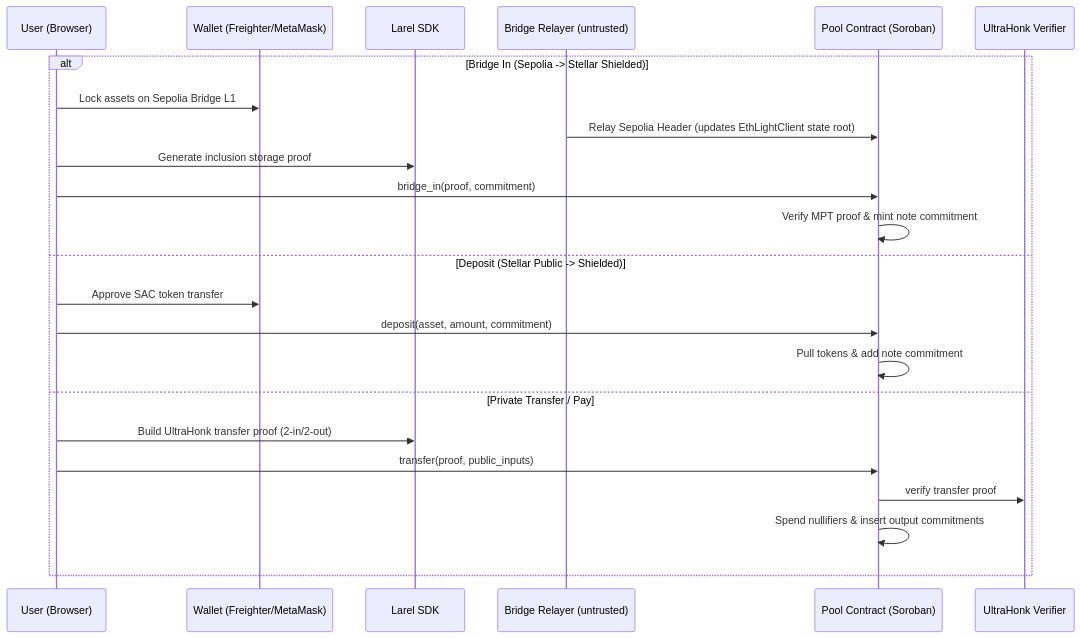
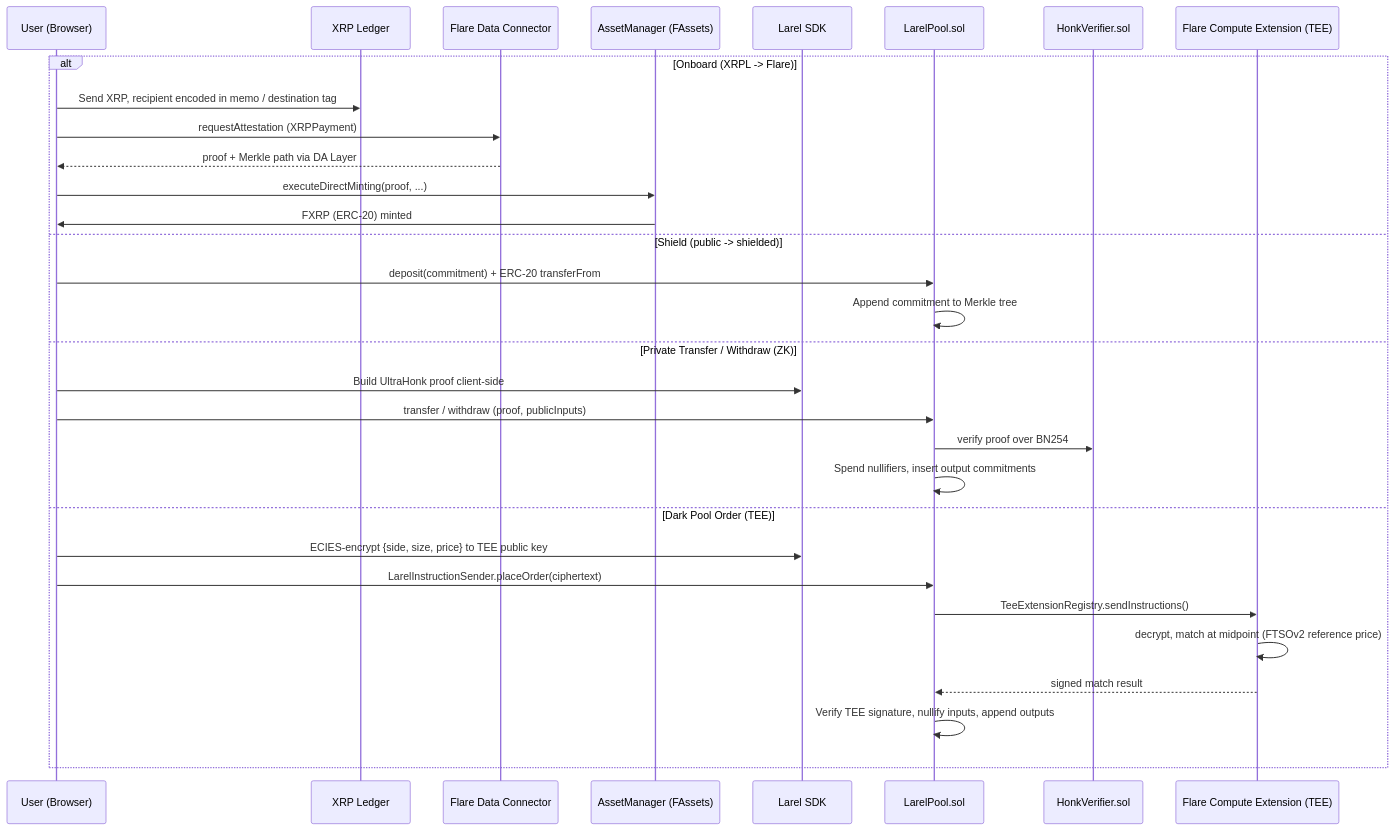
The first of 2 diagrams in README.md (maulana-tech/larel-main), drawn with Mermaid before and after one commit. The commit also changed other lines of this file, not shown here.

````diff
--- a/README.md
+++ b/README.md
@@ -167,26 +204,34 @@
 ```mermaid
 sequenceDiagram
     participant User as User (Browser)
-    participant Wallet as Wallet (Freighter/MetaMask)
+    participant XRPL as XRP Ledger
+    participant FDC as Flare Data Connector
+    participant AM as AssetManager (FAssets)
     participant SDK as Larel SDK
-    participant Relayer as Bridge Relayer (untrusted)
-    participant Pool as Pool Contract (Soroban)
-    participant Verifier as UltraHonk Verifier
+    participant Pool as LarelPool.sol
+    participant Verifier as HonkVerifier.sol
+    participant TEE as Flare Compute Extension (TEE)
 
-    alt Bridge In (Sepolia -> Stellar Shielded)
-        User->>Wallet: Lock assets on Sepolia Bridge L1
-        Relayer->>Pool: Relay Sepolia Header (updates EthLightClient state root)
-        User->>SDK: Generate inclusion storage proof
-        User->>Pool: bridge_in(proof, commitment)
-        Pool->>Pool: Verify MPT proof & mint note commitment
-    else Deposit (Stellar Public -> Shielded)
-        User->>Wallet: Approve SAC token transfer
-        User->>Pool: deposit(asset, amount, commitment)
-        Pool->>Pool: Pull tokens & add note commitment
-    else Private Transfer / Pay
-        User->>SDK: Build UltraHonk transfer proof (2-in/2-out)
-        User->>Pool: transfer(proof, public_inputs)
-        Pool->>Verifier: verify transfer proof
-        Pool->>Pool: Spend nullifiers & insert output commitments
+    alt Onboard (XRPL -> Flare)
+        User->>XRPL: Send XRP, recipient encoded in memo / destination tag
+        User->>FDC: requestAttestation (XRPPayment)
+        FDC-->>User: proof + Merkle path via DA Layer
+        User->>AM: executeDirectMinting(proof, ...)
+        AM->>User: FXRP (ERC-20) minted
+    else Shield (public -> shielded)
+        User->>Pool: deposit(commitment) + ERC-20 transferFrom
+        Pool->>Pool: Append commitment to Merkle tree
+    else Private Transfer / Withdraw (ZK)
+        User->>SDK: Build UltraHonk proof client-side
+        User->>Pool: transfer / withdraw (proof, publicInputs)
+        Pool->>Verifier: verify proof over BN254
+        Pool->>Pool: Spend nullifiers, insert output commitments
+    else Dark Pool Order (TEE)
+        User->>SDK: ECIES-encrypt {side, size, price} to TEE public key
+        User->>Pool: LarelInstructionSender.placeOrder(ciphertext)
+        Pool->>TEE: TeeExtensionRegistry.sendInstructions()
+        TEE->>TEE: decrypt, match at midpoint (FTSOv2 reference price)
+        TEE-->>Pool: signed match result
+        Pool->>Pool: Verify TEE signature, nullify inputs, append outputs
     end
 ```
````
